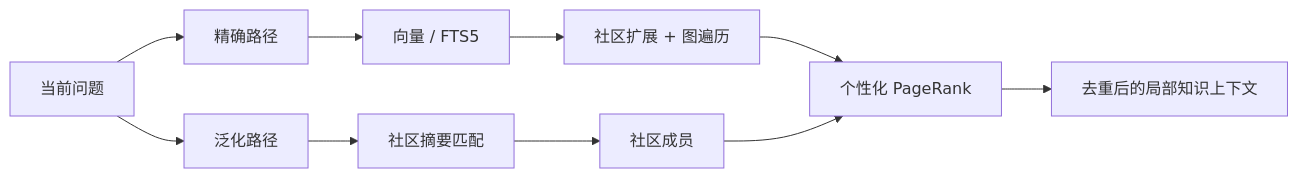
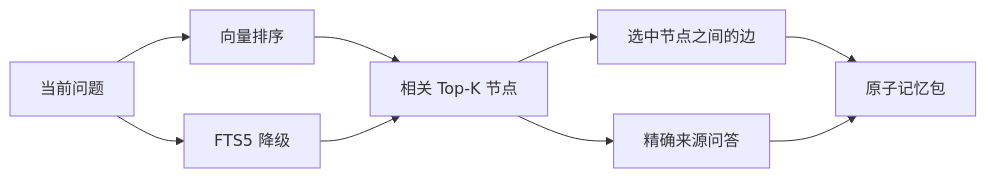
The first of 3 diagrams in README_CN.md (TriDefender/graph-memory), drawn with Mermaid before and after one commit. The commit also changed other lines of this file and 77 other files, not shown here.

Commit message:
feat(dsh): own context history with source-backed recall

````diff
--- a/README_CN.md
+++ b/README_CN.md
@@ -123,12 +143,11 @@
 ```mermaid
 flowchart LR
-  Q[当前问题] --> EXACT[精确路径]
-  Q --> GENERAL[泛化路径]
-  EXACT --> SEARCH[向量 / FTS5]
-  SEARCH --> EXPAND[社区扩展 + 图遍历]
-  GENERAL --> SUMMARY[社区摘要匹配]
-  SUMMARY --> MEMBERS[社区成员]
-  EXPAND --> PPR[个性化 PageRank]
-  MEMBERS --> PPR
-  PPR --> CONTEXT[去重后的局部知识上下文]
+  Q[当前问题] --> VECTOR[向量排序]
+  Q --> FTS[FTS5 降级]
+  VECTOR --> TOPK[相关 Top-K 节点]
+  FTS --> TOPK
+  TOPK --> EDGES[选中节点之间的边]
+  TOPK --> SOURCE[精确来源问答]
+  EDGES --> CONTEXT[原子记忆包]
+  SOURCE --> CONTEXT
 ```
````
